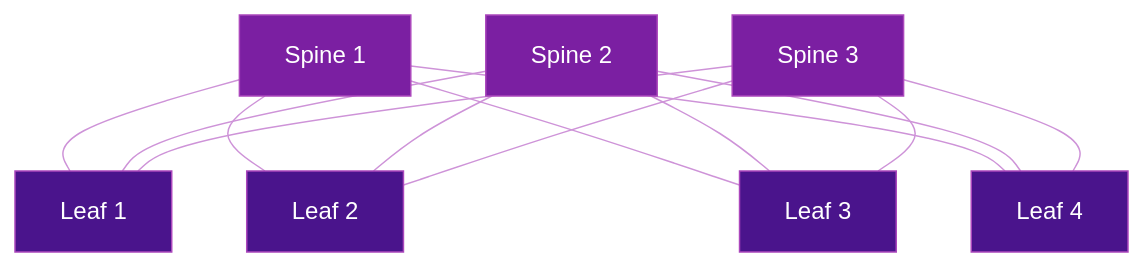
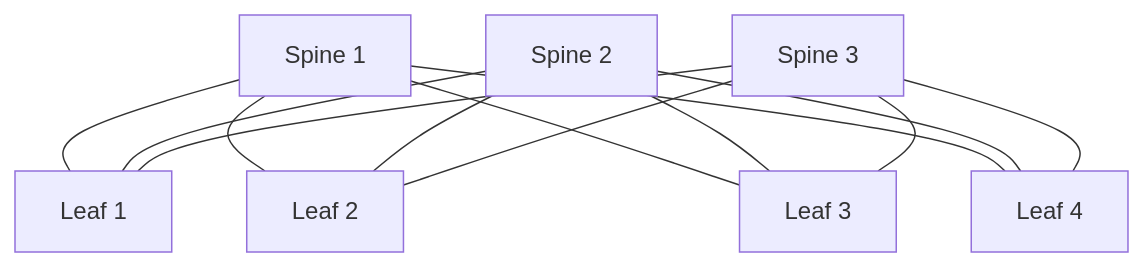
The diagram in docs/topics/clos-glb.md (eldaninavas/srv6.md), drawn with Mermaid before and after one commit. The commit also changed 29 other files, not shown here.

First line of the commit message:
fix(mermaid): apply theme-aware colors site-wide

````diff
--- a/docs/topics/clos-glb.md
+++ b/docs/topics/clos-glb.md
@@ -20,24 +20,15 @@
 ```mermaid
-%%{init: {"theme": "base", "themeVariables": {"primaryTextColor": "#fff", "lineColor": "#ce93d8", "textColor": "#fff"}}}%%
 graph TB
     S1[Spine 1] --- L1[Leaf 1]
     S1 --- L2[Leaf 2]
     S1 --- L3[Leaf 3]
     S1 --- L4[Leaf 4]
     S2[Spine 2] --- L1
     S2 --- L2
     S2 --- L3
     S2 --- L4
     S3[Spine 3] --- L1
     S3 --- L2
     S3 --- L3
     S3 --- L4
-
-    style S1 fill:#7b1fa2,color:#fff,stroke:#ab47bc
-    style S2 fill:#7b1fa2,color:#fff,stroke:#ab47bc
-    style S3 fill:#7b1fa2,color:#fff,stroke:#ab47bc
-    style L1 fill:#4a148c,color:#fff,stroke:#ab47bc
-    style L2 fill:#4a148c,color:#fff,stroke:#ab47bc
-    style L3 fill:#4a148c,color:#fff,stroke:#ab47bc
-    style L4 fill:#4a148c,color:#fff,stroke:#ab47bc
 ```
````
